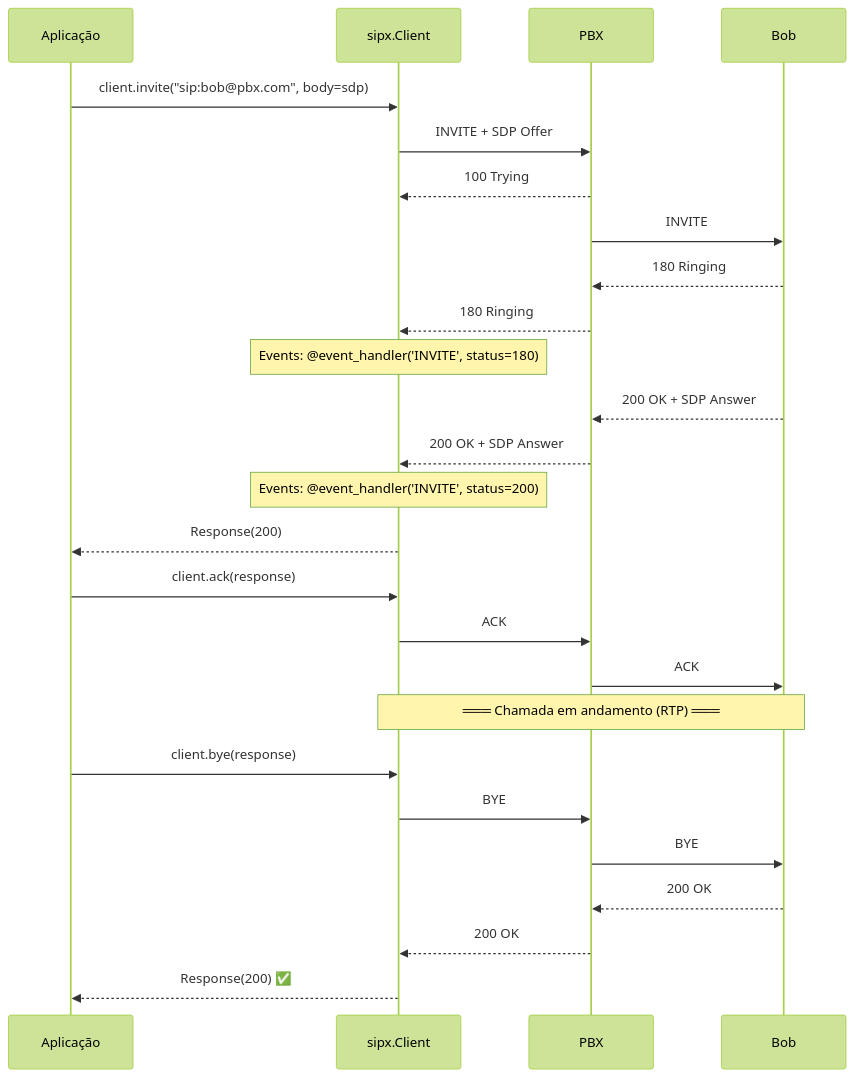
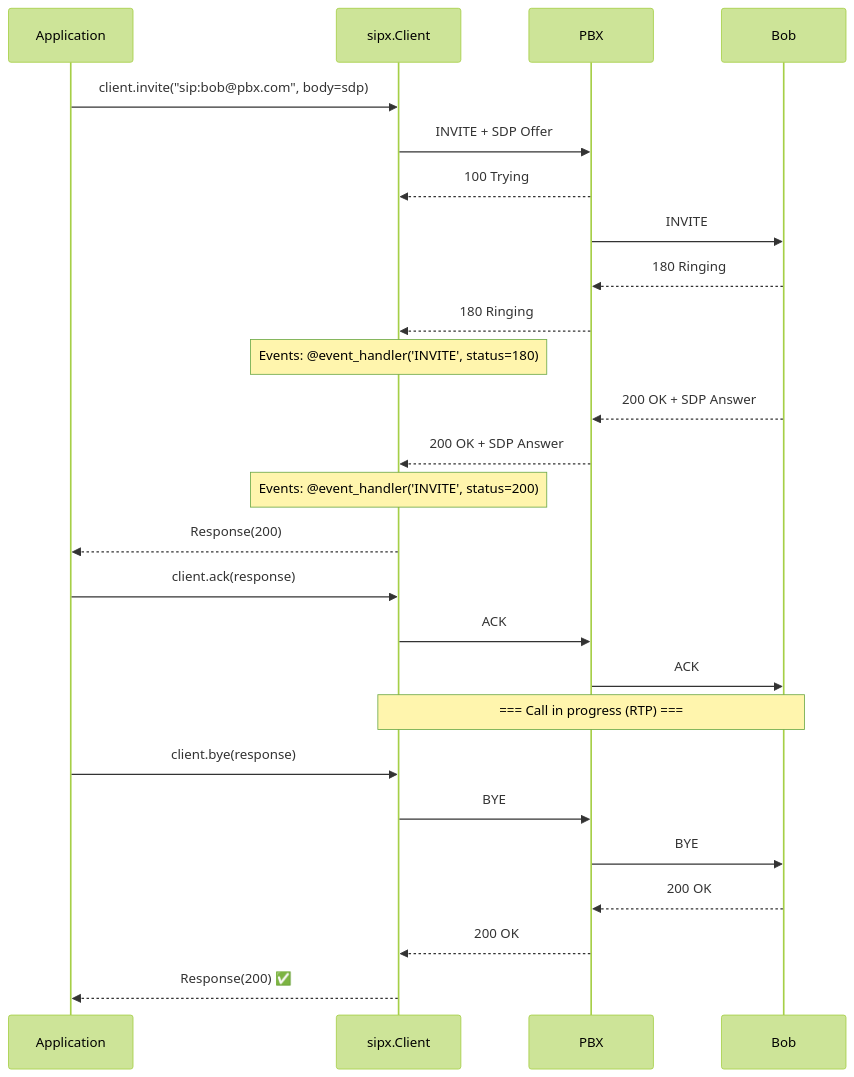
The ninth of 16 diagrams in docs/SDD.md (oornnery/sipx), drawn with Mermaid (forest theme) before and after one commit. The commit also changed other lines of this file and 3 other files, not shown here.

````diff
--- a/docs/SDD.md
+++ b/docs/SDD.md
@@ -523,35 +525,35 @@
 ```mermaid
 sequenceDiagram
-    participant App as Aplicação
+    participant App as Application
     participant C as sipx.Client
     participant PBX as PBX
     participant B as Bob
 
     App->>C: client.invite("sip:bob@pbx.com", body=sdp)
     C->>PBX: INVITE + SDP Offer
 
     PBX-->>C: 100 Trying
     PBX->>B: INVITE
 
     B-->>PBX: 180 Ringing
     PBX-->>C: 180 Ringing
     Note over C: Events: @event_handler('INVITE', status=180)
 
     B-->>PBX: 200 OK + SDP Answer
     PBX-->>C: 200 OK + SDP Answer
     Note over C: Events: @event_handler('INVITE', status=200)
     C-->>App: Response(200)
 
     App->>C: client.ack(response)
     C->>PBX: ACK
     PBX->>B: ACK
 
-    Note over C,B: ═══ Chamada em andamento (RTP) ═══
+    Note over C,B: === Call in progress (RTP) ===
 
     App->>C: client.bye(response)
     C->>PBX: BYE
     PBX->>B: BYE
     B-->>PBX: 200 OK
     PBX-->>C: 200 OK
     C-->>App: Response(200) ✅
 ```
````
